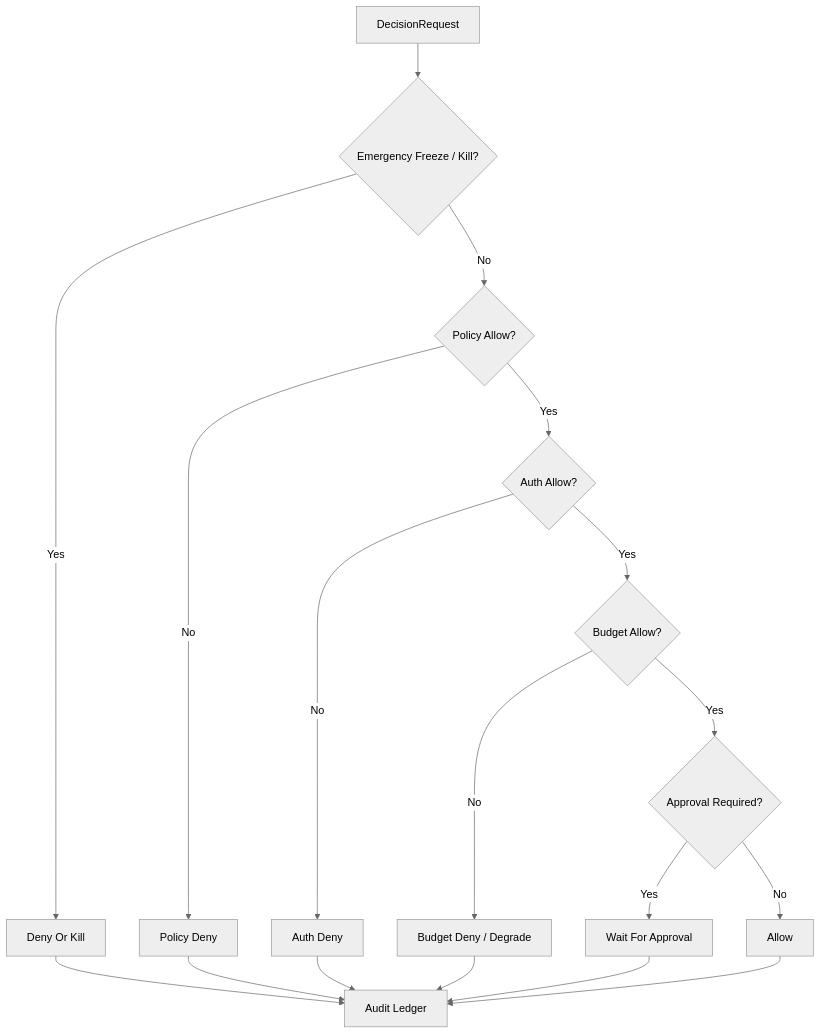
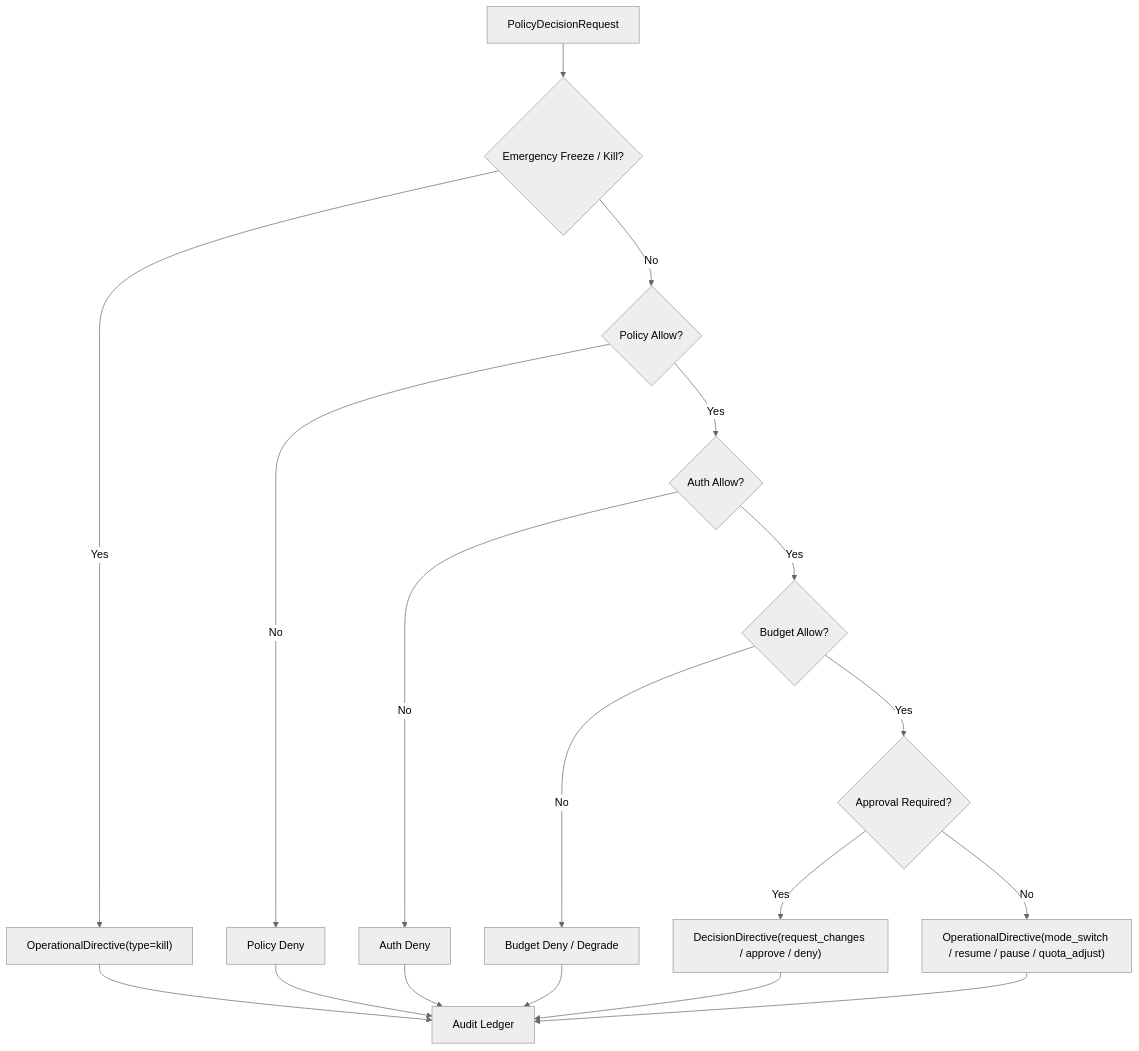
One commit to HoldenShen-hz/automatic-agent-platform changed the second of 2 diagrams in docs_zh/contracts/governance_control_plane_contract.md. Above: the diagram before and after it, drawn with Mermaid (neutral theme). The commit also changed other lines of this file and 433 other files, not shown here.

````diff
--- a/docs_zh/contracts/governance_control_plane_contract.md
+++ b/docs_zh/contracts/governance_control_plane_contract.md
@@ -128,20 +145,20 @@
 ```mermaid
 flowchart TD
-    A["DecisionRequest"] --> B{"Emergency Freeze / Kill?"}
-    B -- "Yes" --> C["Deny Or Kill"]
+    A["PolicyDecisionRequest"] --> B{"Emergency Freeze / Kill?"}
+    B -- "Yes" --> C["OperationalDirective(type=kill)"]
     B -- "No" --> D{"Policy Allow?"}
     D -- "No" --> E["Policy Deny"]
     D -- "Yes" --> F{"Auth Allow?"}
     F -- "No" --> G["Auth Deny"]
     F -- "Yes" --> H{"Budget Allow?"}
     H -- "No" --> I["Budget Deny / Degrade"]
     H -- "Yes" --> J{"Approval Required?"}
-    J -- "Yes" --> K["Wait For Approval"]
-    J -- "No" --> L["Allow"]
+    J -- "Yes" --> K["DecisionDirective(request_changes / approve / deny)"]
+    J -- "No" --> L["OperationalDirective(mode_switch / resume / pause / quota_adjust)"]
     C --> M["Audit Ledger"]
     E --> M
     G --> M
     I --> M
     K --> M
     L --> M
 ```
````
